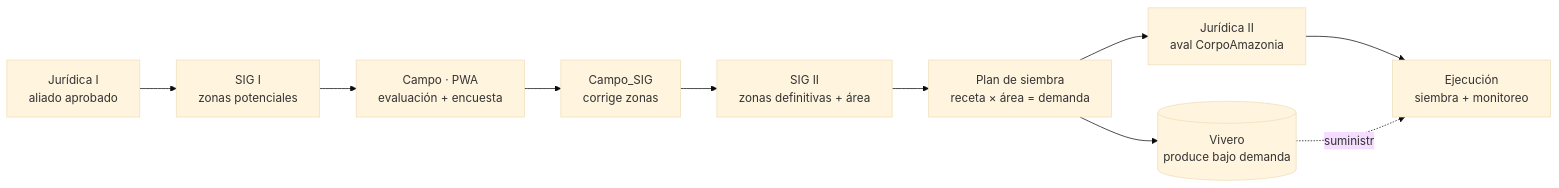
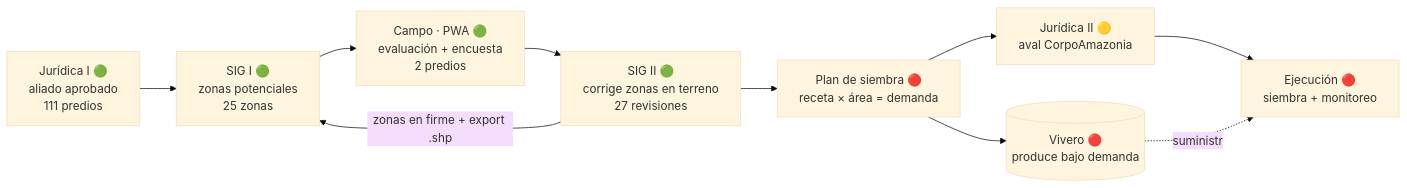
The first of 2 diagrams in docs/ARTICULACION_Y_PROYECCION.md (Alejandrombermudez/Intranet-AE), drawn with Mermaid (base theme) before and after one commit. The commit also changed other lines of this file and 15 other files, not shown here.

````diff
--- a/docs/ARTICULACION_Y_PROYECCION.md
+++ b/docs/ARTICULACION_Y_PROYECCION.md
@@ -29,12 +31,12 @@
 ```mermaid
 flowchart LR
-    J1[Jurídica I<br/>aliado aprobado] --> S1[SIG I<br/>zonas potenciales]
-    S1 --> C[Campo · PWA<br/>evaluación + encuesta]
-    C --> CS[Campo_SIG<br/>corrige zonas]
-    CS --> S2[SIG II<br/>zonas definitivas + área]
-    S2 --> P[Plan de siembra<br/>receta × área = demanda]
-    P --> V[(Vivero<br/>produce bajo demanda)]
-    P --> J2[Jurídica II<br/>aval CorpoAmazonia]
-    J2 --> EJ[Ejecución<br/>siembra + monitoreo]
+    J1["Jurídica I 🟢<br/>aliado aprobado<br/>111 predios"] --> S1["SIG I 🟢<br/>zonas potenciales<br/>25 zonas"]
+    S1 --> C["Campo · PWA 🟢<br/>evaluación + encuesta<br/>2 predios"]
+    C --> CS["SIG II 🟢<br/>corrige zonas en terreno<br/>27 revisiones"]
+    CS -->|"zonas en firme + export .shp"| S1
+    CS --> P["Plan de siembra 🔴<br/>receta × área = demanda"]
+    P --> V[("Vivero 🔴<br/>produce bajo demanda")]
+    P --> J2["Jurídica II 🟡<br/>aval CorpoAmazonia"]
+    J2 --> EJ["Ejecución 🔴<br/>siembra + monitoreo"]
     V -.suministro.-> EJ
 ```
````
